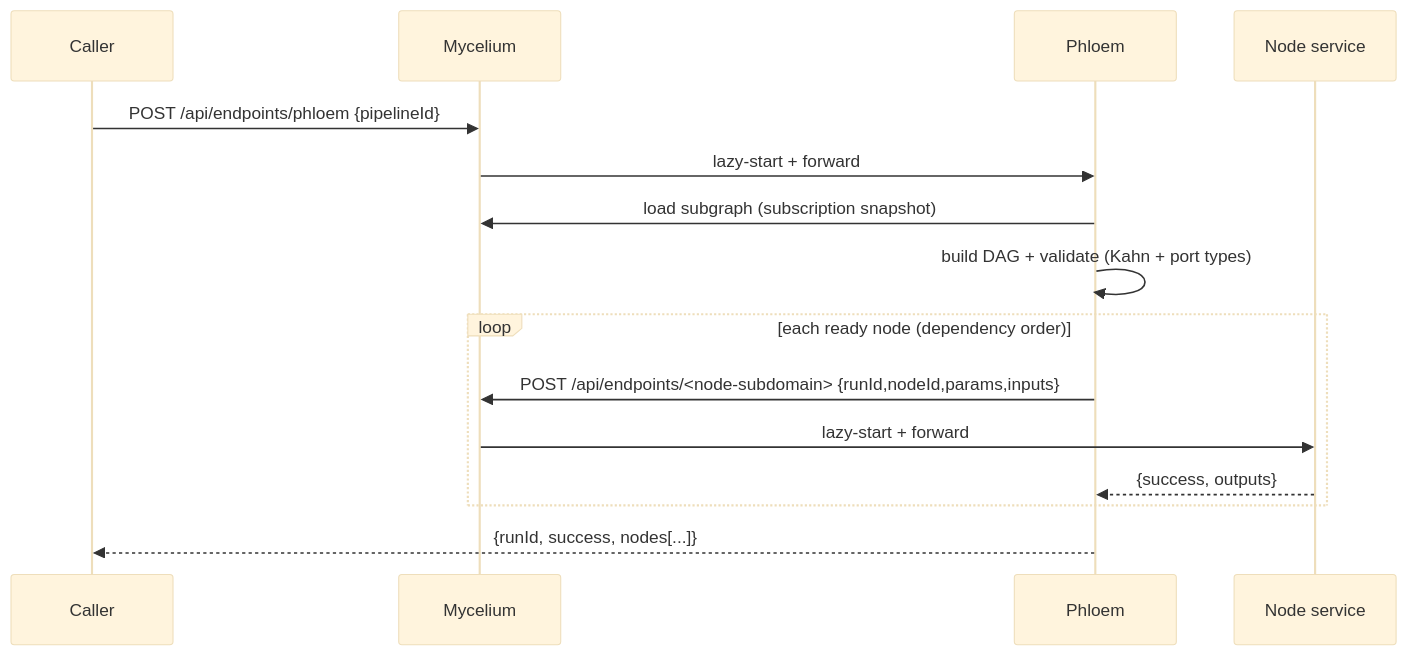
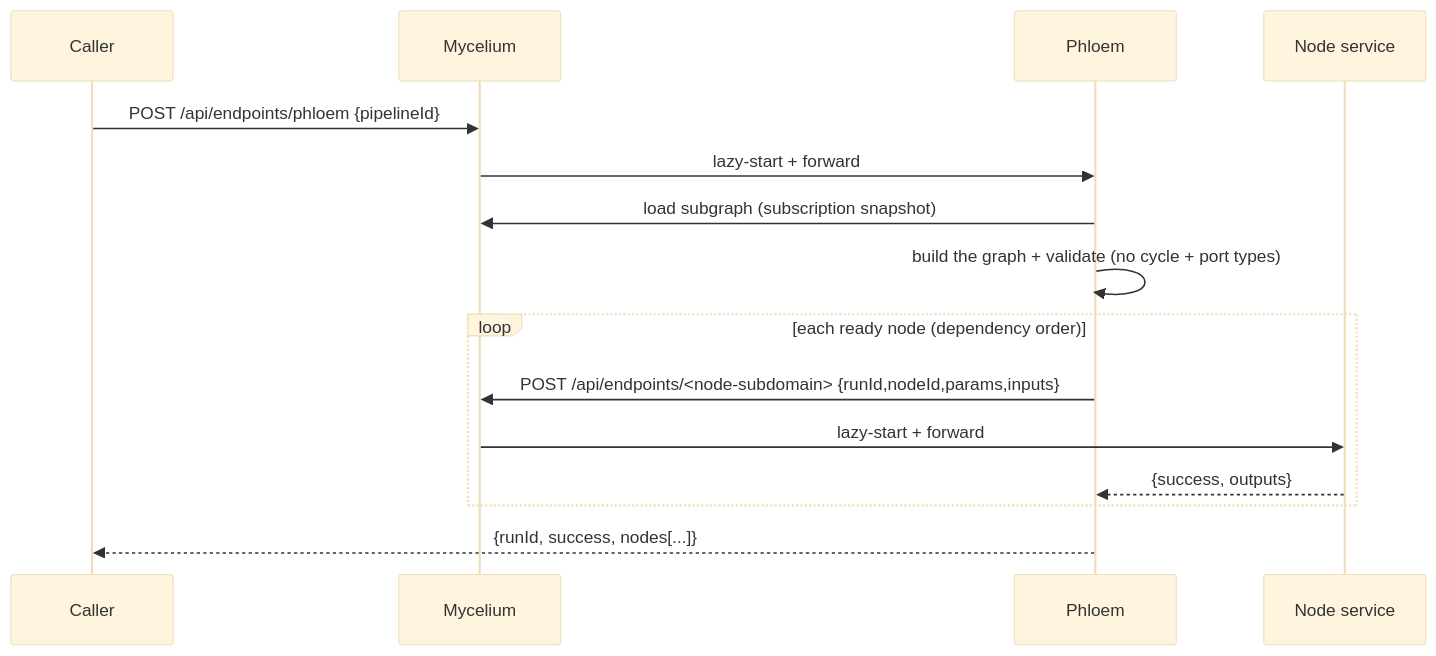
Before and after one commit to ReGen-Villages/VillageOS-API: the third of 3 diagrams in docs/SERVICES.md, drawn with Mermaid (base theme). The commit also changed other lines of this file and 35 other files, not shown here.

````diff
--- a/docs/SERVICES.md
+++ b/docs/SERVICES.md
@@ -1243,17 +1270,17 @@
 ```mermaid
 sequenceDiagram
   participant Caller
   participant Mycelium
   participant Phloem
   participant Node as Node service
   Caller->>Mycelium: POST /api/endpoints/phloem {pipelineId}
   Mycelium->>Phloem: lazy-start + forward
   Phloem->>Mycelium: load subgraph (subscription snapshot)
-  Phloem->>Phloem: build DAG + validate (Kahn + port types)
+  Phloem->>Phloem: build the graph + validate (no cycle + port types)
   loop each ready node (dependency order)
     Phloem->>Mycelium: POST /api/endpoints/<node-subdomain> {runId,nodeId,params,inputs}
     Mycelium->>Node: lazy-start + forward
     Node-->>Phloem: {success, outputs}
   end
   Phloem-->>Caller: {runId, success, nodes[...]}
 ```
````
